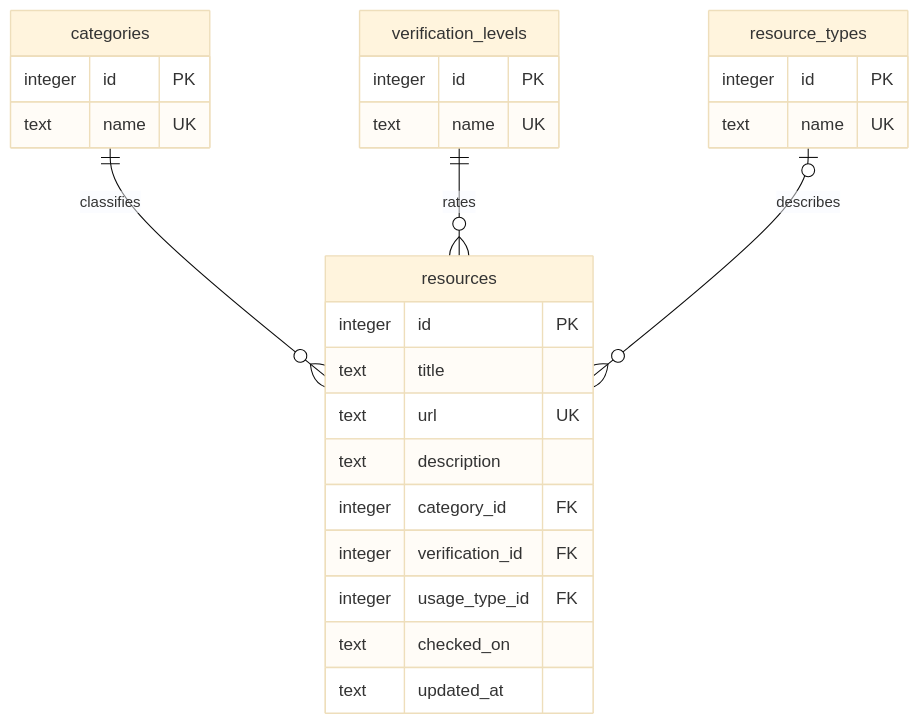
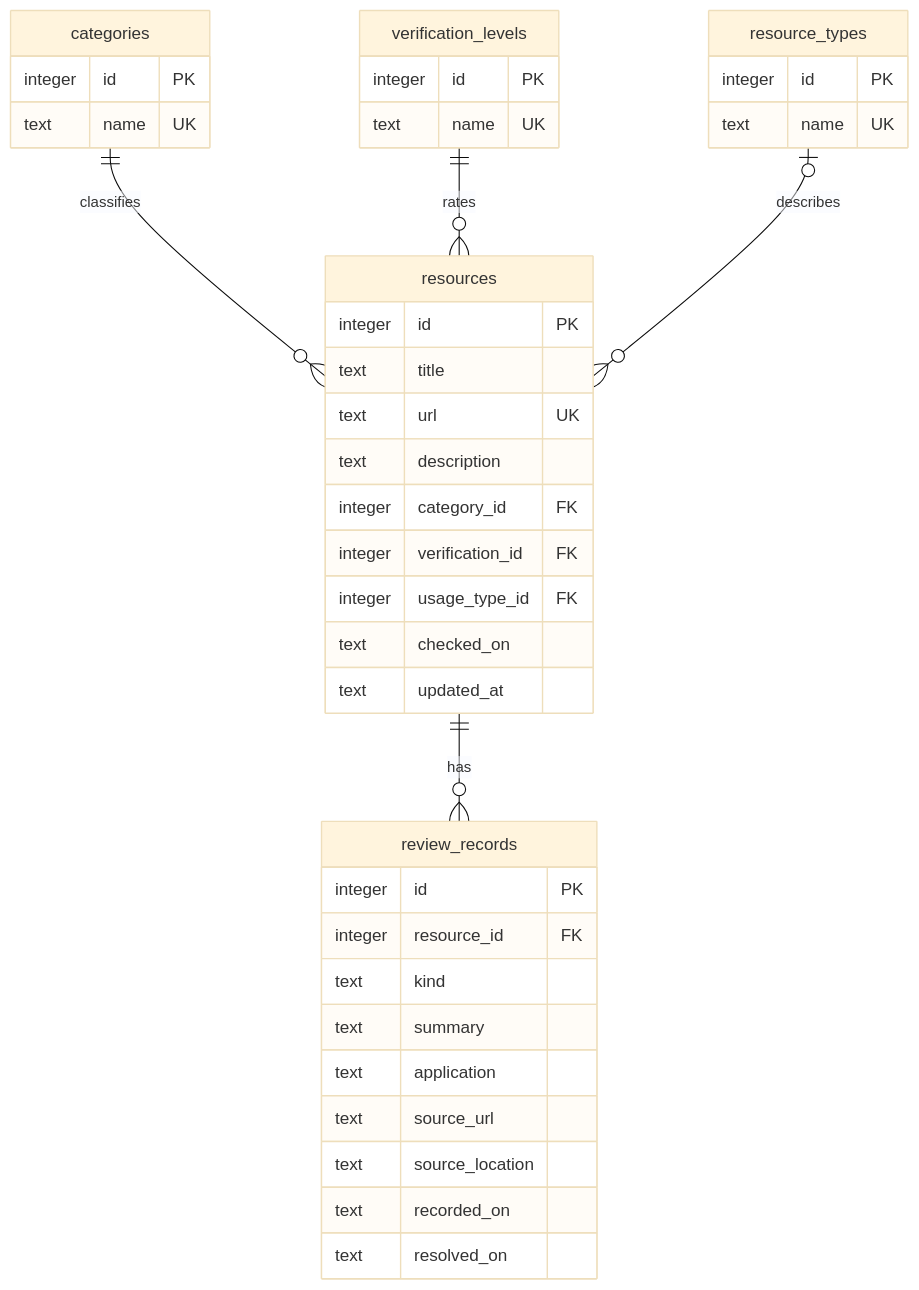
The diagram in README.md (tlsee0813-cmd/opendb), drawn with Mermaid (base theme) before and after one commit. The commit also changed other lines of this file and 13 other files, not shown here.

Commit message:
Add research evidence records and review board

````diff
--- a/README.md
+++ b/README.md
@@ -46,29 +48,41 @@
 ```mermaid
 erDiagram
     categories ||--o{ resources : classifies
     verification_levels ||--o{ resources : rates
     resource_types o|--o{ resources : describes
+    resources ||--o{ review_records : has
     categories {
       integer id PK
       text name UK
     }
     verification_levels {
       integer id PK
       text name UK
     }
     resource_types {
       integer id PK
       text name UK
     }
     resources {
       integer id PK
       text title
       text url UK
       text description
       integer category_id FK
       integer verification_id FK
       integer usage_type_id FK
       text checked_on
       text updated_at
     }
+    review_records {
+      integer id PK
+      integer resource_id FK
+      text kind
+      text summary
+      text application
+      text source_url
+      text source_location
+      text recorded_on
+      text resolved_on
+    }
 ```
````
